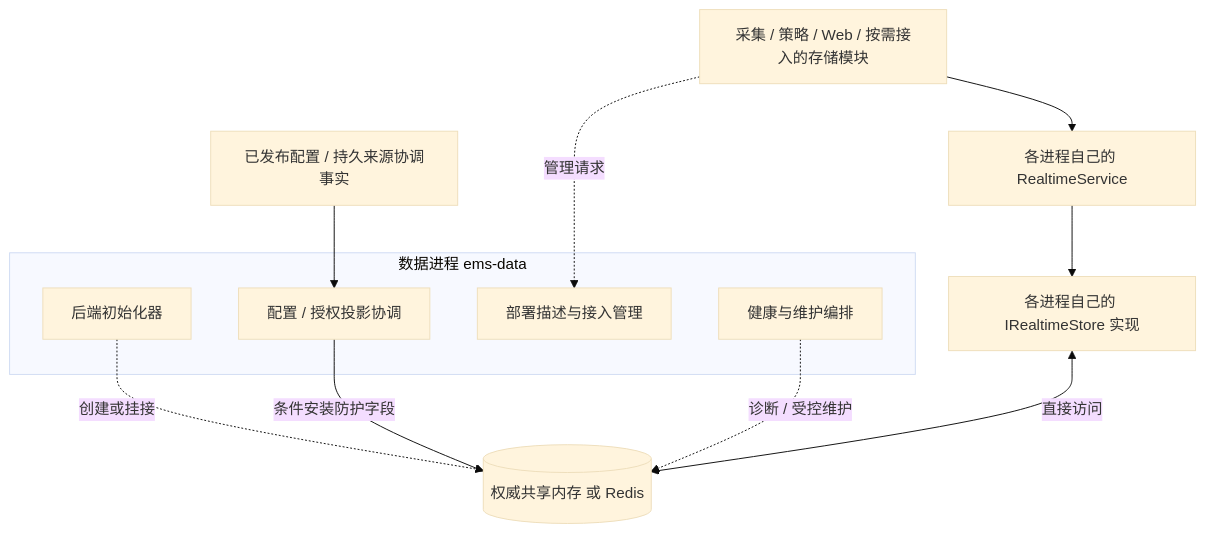
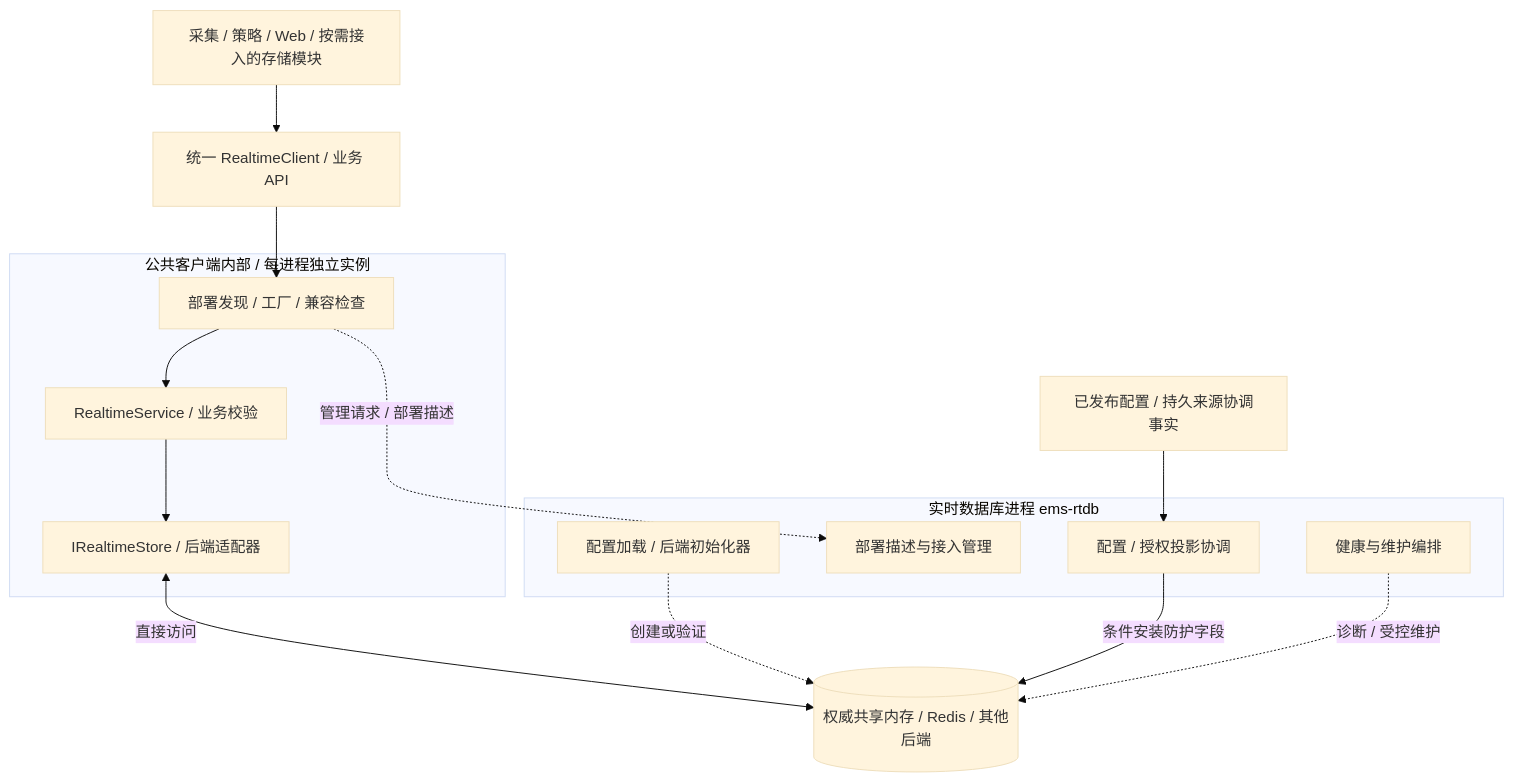
The first of 2 diagrams in website/docs/processes/data/design.md (600888/ems), drawn with Mermaid (base theme) before and after one commit. The commit also changed other lines of this file and 3385 other files, not shown here.

````diff
--- a/website/docs/processes/data/design.md
+++ b/website/docs/processes/data/design.md
@@ -25,17 +33,24 @@
 ```mermaid
 flowchart TB
-    subgraph Manager[数据进程 ems-data]
-        Boot[后端初始化器]
+    subgraph Manager[实时数据库进程 ems-rtdb]
+        Boot[配置加载 / 后端初始化器]
         Manifest[部署描述与接入管理]
         Auth[配置 / 授权投影协调]
         Health[健康与维护编排]
     end
     Config[已发布配置 / 持久来源协调事实] --> Auth
-    Boot -.创建或挂接.-> Backend[(权威共享内存 或 Redis)]
+    Boot -.创建或验证.-> Backend[(权威共享内存 / Redis / 其他后端)]
     Auth -->|条件安装防护字段| Backend
-    Clients[采集 / 策略 / Web / 按需接入的存储模块] --> Facade[各进程自己的 RealtimeService]
-    Facade --> Store[各进程自己的 IRealtimeStore 实现]
+    Clients[采集 / 策略 / Web / 按需接入的存储模块] --> Client[统一 RealtimeClient / 业务 API]
+    subgraph Library[公共客户端内部 / 每进程独立实例]
+        Connect[部署发现 / 工厂 / 兼容检查]
+        Facade[RealtimeService / 业务校验]
+        Store[IRealtimeStore / 后端适配器]
+        Connect --> Facade
+        Facade --> Store
+    end
+    Client --> Connect
     Store <-->|直接访问| Backend
-    Clients -.管理请求.-> Manifest
+    Connect -.管理请求 / 部署描述.-> Manifest
     Health -.诊断 / 受控维护.-> Backend
 ```
````
